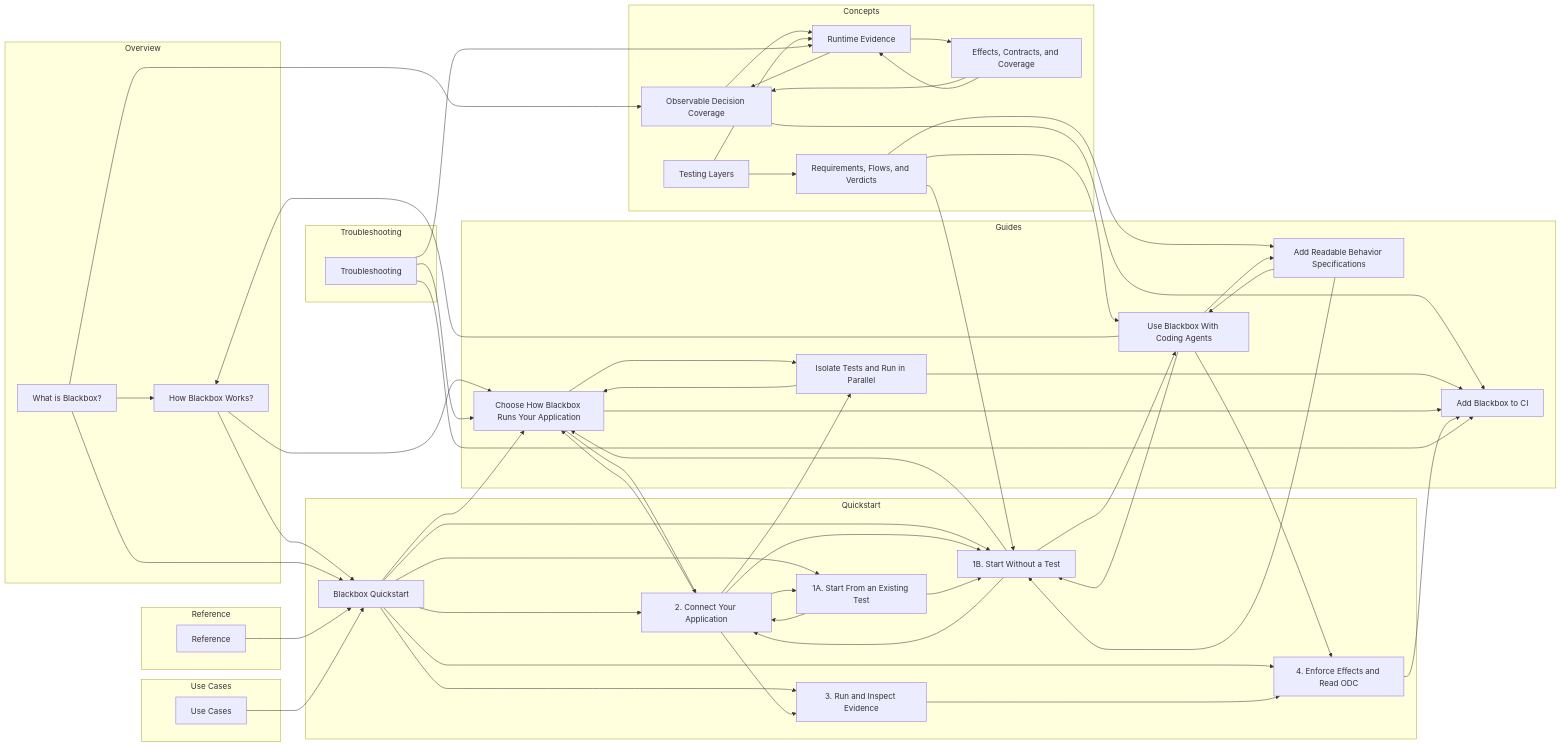
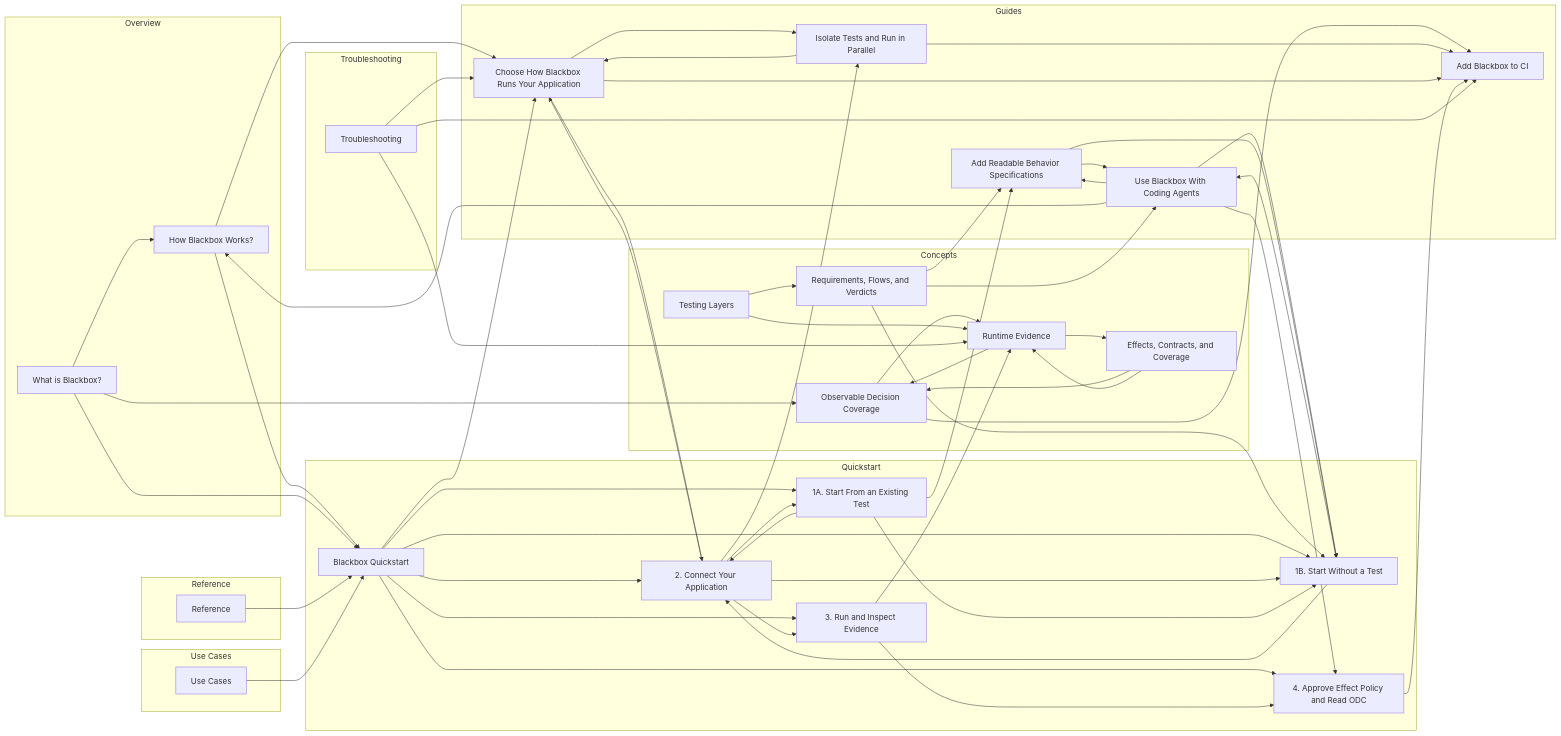
The diagram in .design-research/blackbox-docs-link-graph.md (suites-dev/docs.suites.dev), drawn with Mermaid before and after one commit. The commit also changed other lines of this file and 19 other files, not shown here.

```diff
--- a/.design-research/blackbox-docs-link-graph.md
+++ b/.design-research/blackbox-docs-link-graph.md
@@ -18,10 +18,10 @@
   subgraph Quickstart["Quickstart"]
     quickstart["Blackbox Quickstart"]
     quickstart_build_behavioral_harness["1A. Start From an Existing Test"]
-    guides_turn_requirements_into_system_test["1B. Start Without a Test"]
+    quickstart_start_without_test["1B. Start Without a Test"]
     quickstart_add_to_existing_test["2. Connect Your Application"]
     quickstart_add_runtime_evidence["3. Run and Inspect Evidence"]
-    quickstart_enforce_runtime_effects["4. Enforce Effects and Read ODC"]
+    quickstart_enforce_runtime_effects["4. Approve Effect Policy and Read ODC"]
   end
   subgraph Concepts["Concepts"]
     concepts_testing_layers["Testing Layers"]
@@ -54,43 +54,44 @@
   concepts_runtime_evidence --> concepts_omc_dc_coverage
   concepts_specifications_flows_and_verdicts --> guides_agent_skills
   concepts_specifications_flows_and_verdicts --> guides_recover_behavior_from_existing_tests
-  concepts_specifications_flows_and_verdicts --> guides_turn_requirements_into_system_test
+  concepts_specifications_flows_and_verdicts --> quickstart_start_without_test
   concepts_testing_layers --> concepts_runtime_evidence
   concepts_testing_layers --> concepts_specifications_flows_and_verdicts
   guides_agent_skills --> guides_recover_behavior_from_existing_tests
-  guides_agent_skills --> guides_turn_requirements_into_system_test
   guides_agent_skills --> overview_how_blackbox_works
   guides_agent_skills --> quickstart_enforce_runtime_effects
+  guides_agent_skills --> quickstart_start_without_test
   guides_playwright_isolation_and_parallelism --> guides_reports_and_ci_gates
   guides_playwright_isolation_and_parallelism --> guides_set_up_the_testbed
   guides_recover_behavior_from_existing_tests --> guides_agent_skills
-  guides_recover_behavior_from_existing_tests --> guides_turn_requirements_into_system_test
+  guides_recover_behavior_from_existing_tests --> quickstart_start_without_test
   guides_set_up_the_testbed --> guides_playwright_isolation_and_parallelism
   guides_set_up_the_testbed --> guides_reports_and_ci_gates
   guides_set_up_the_testbed --> quickstart_add_to_existing_test
-  guides_turn_requirements_into_system_test --> guides_agent_skills
-  guides_turn_requirements_into_system_test --> guides_set_up_the_testbed
-  guides_turn_requirements_into_system_test --> quickstart_add_to_existing_test
   overview_how_blackbox_works --> guides_set_up_the_testbed
   overview_how_blackbox_works --> quickstart
   overview_what_is_blackbox --> concepts_omc_dc_coverage
   overview_what_is_blackbox --> overview_how_blackbox_works
   overview_what_is_blackbox --> quickstart
   quickstart --> guides_set_up_the_testbed
-  quickstart --> guides_turn_requirements_into_system_test
   quickstart --> quickstart_add_runtime_evidence
   quickstart --> quickstart_add_to_existing_test
   quickstart --> quickstart_build_behavioral_harness
   quickstart --> quickstart_enforce_runtime_effects
+  quickstart --> quickstart_start_without_test
+  quickstart_add_runtime_evidence --> concepts_runtime_evidence
   quickstart_add_runtime_evidence --> quickstart_enforce_runtime_effects
   quickstart_add_to_existing_test --> guides_playwright_isolation_and_parallelism
   quickstart_add_to_existing_test --> guides_set_up_the_testbed
-  quickstart_add_to_existing_test --> guides_turn_requirements_into_system_test
   quickstart_add_to_existing_test --> quickstart_add_runtime_evidence
   quickstart_add_to_existing_test --> quickstart_build_behavioral_harness
-  quickstart_build_behavioral_harness --> guides_turn_requirements_into_system_test
+  quickstart_add_to_existing_test --> quickstart_start_without_test
+  quickstart_build_behavioral_harness --> guides_recover_behavior_from_existing_tests
   quickstart_build_behavioral_harness --> quickstart_add_to_existing_test
+  quickstart_build_behavioral_harness --> quickstart_start_without_test
   quickstart_enforce_runtime_effects --> guides_reports_and_ci_gates
+  quickstart_start_without_test --> guides_agent_skills
+  quickstart_start_without_test --> quickstart_add_to_existing_test
   reference --> quickstart
   troubleshooting --> concepts_runtime_evidence
   troubleshooting --> guides_reports_and_ci_gates
```
